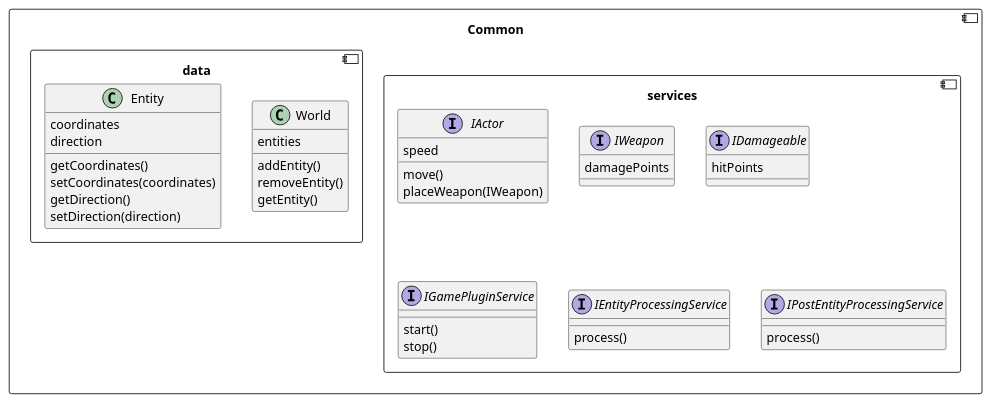
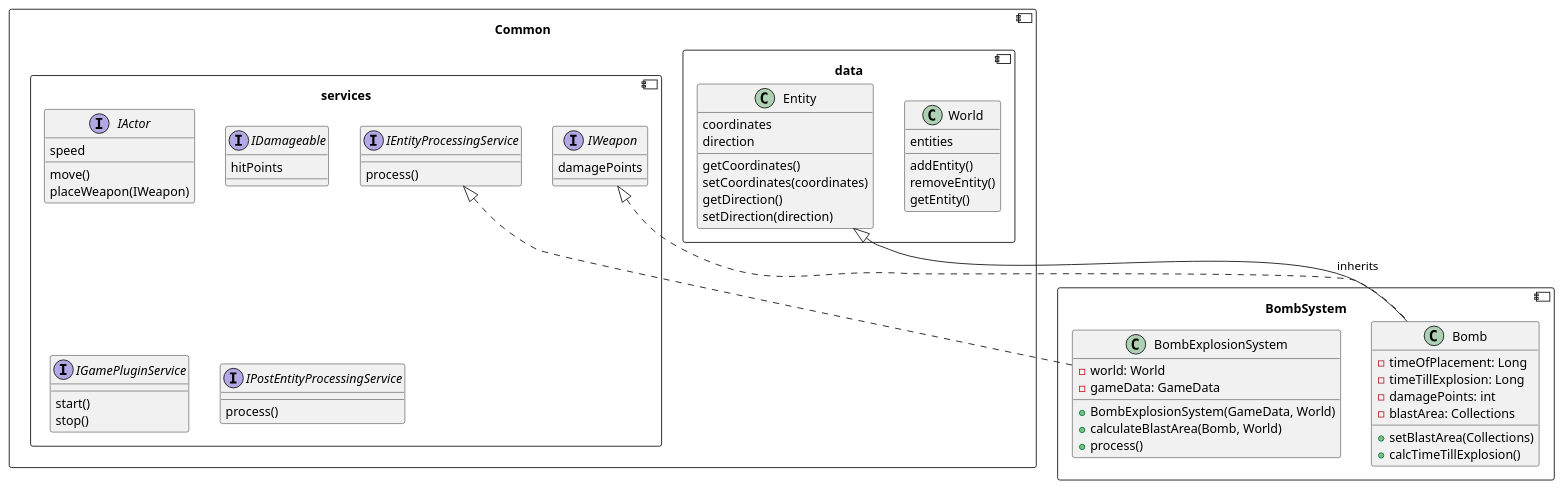
The diagram in Documentation/class_diagram.puml (TidosDK/boom-battle), drawn with PlantUML before and after one commit.

Commit message:
Added BombSystem

```diff
--- a/Documentation/class_diagram.puml
+++ b/Documentation/class_diagram.puml
@@ -1,72 +1,91 @@
 @startuml
 
 component Common {
 
 	component services {
 		interface IActor {
 			speed
 			move()
 			placeWeapon(IWeapon)
 		}
 
 		interface IWeapon {
 			damagePoints
 		}
 
 		interface IDamageable {
 			hitPoints
 		}
 
 		interface IGamePluginService {
 			start()
 			stop()
 		}
 
 		interface IEntityProcessingService {
 			process()
 		}
 
 		interface IPostEntityProcessingService {
 			process()
 		}
 	}
 
 	component data {
 		class World {
 			entities
 			addEntity()
 			removeEntity()
 			getEntity()
 		}
 
 		class Entity {
 			coordinates
 			direction
 
 			getCoordinates()
 			setCoordinates(coordinates)
 			getDirection()
 			setDirection(direction)
 		}
 	}
 
 
 '	component Parts {
 '		interface EntityPart {
 '			process()
 '		}
 '
 '		class LifePart implements EntityPart {
 '		}
 '
 '		class MovingPart implements EntityPart {
 '		}
 '
 '		class PositionPart implements EntityPart {
 '		}
 '
 '	}
 }
 
+component BombSystem {
+    class Bomb implements Common.services.IWeapon{
+        - timeOfPlacement: Long
+        - timeTillExplosion: Long
+        - damagePoints: int
+        - blastArea: Collections
+        + setBlastArea(Collections)
+        + calcTimeTillExplosion()
+    }
+    Bomb --|> Entity : inherits
+
+    class BombExplosionSystem implements Common.services.IEntityProcessingService {
+        - world: World
+        - gameData: GameData
+        + BombExplosionSystem(GameData, World)
+        + calculateBlastArea(Bomb, World)
+        + process()
+    }
+
 
 @enduml
```
